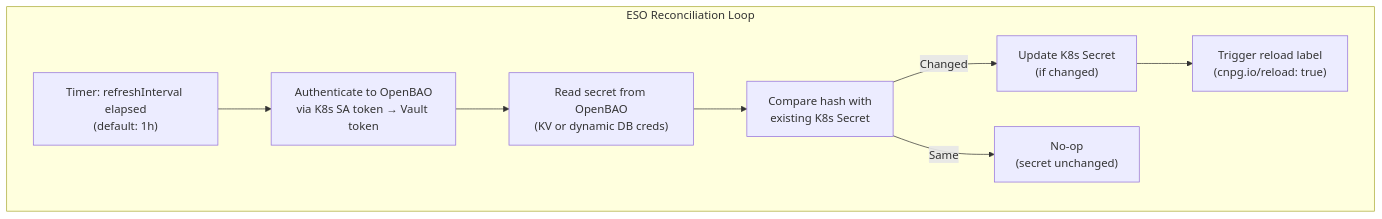
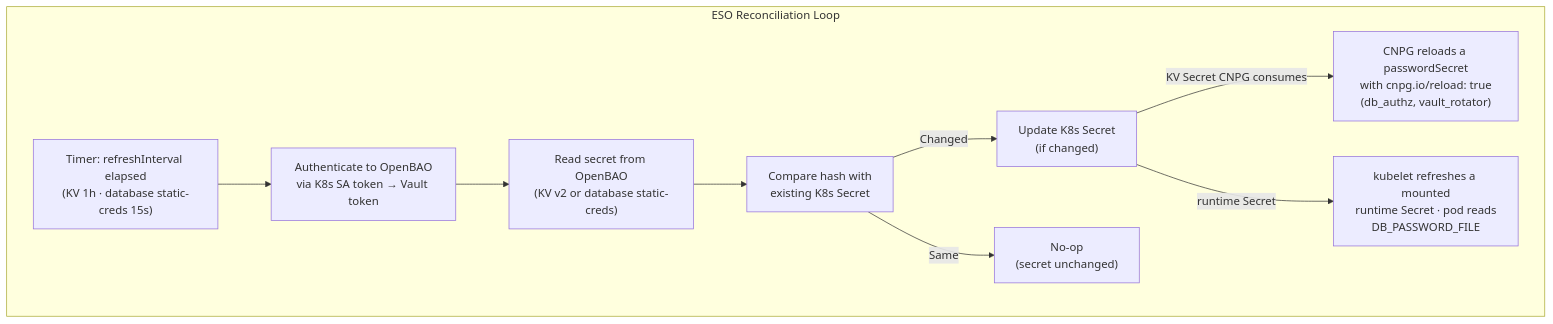
One commit to duynhlab/homelab changed diagram 15 of 19 in docs/secrets/openbao.md. Above: the diagram before and after it, drawn with Mermaid. The commit also changed other lines of this file and 92 other files, not shown here.

First line of the commit message:
Finalise ADR-089 and refresh database diagrams (#1337)

````diff
--- a/docs/secrets/openbao.md
+++ b/docs/secrets/openbao.md
@@ -838,16 +857,19 @@
 ```mermaid
 flowchart TD
     subgraph eso_flow["ESO Reconciliation Loop"]
-        trigger["Timer: refreshInterval elapsed\n(default: 1h)"]
+        trigger["Timer: refreshInterval elapsed\n(KV 1h · database static-creds 15s)"]
         auth["Authenticate to OpenBAO\nvia K8s SA token → Vault token"]
-        read["Read secret from OpenBAO\n(KV or dynamic DB creds)"]
+        read["Read secret from OpenBAO\n(KV v2 or database static-creds)"]
         compare["Compare hash with\nexisting K8s Secret"]
         update["Update K8s Secret\n(if changed)"]
-        reload["Trigger reload label\n(cnpg.io/reload: true)"]
+        reload["CNPG reloads a passwordSecret\nwith cnpg.io/reload: true\n(db_authz, vault_rotator)"]
+        file["kubelet refreshes a mounted\nruntime Secret · pod reads\nDB_PASSWORD_FILE"]
         nochange["No-op\n(secret unchanged)"]
     end
 
     trigger --> auth --> read --> compare
-    compare -->|"Changed"| update --> reload
+    compare -->|"Changed"| update
+    update -->|"KV Secret CNPG consumes"| reload
+    update -->|"runtime Secret"| file
     compare -->|"Same"| nochange
 ```
````
